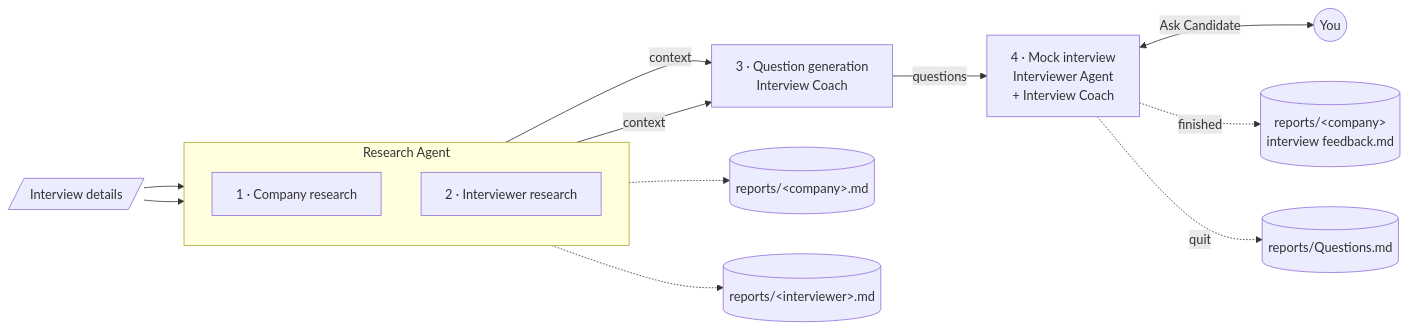
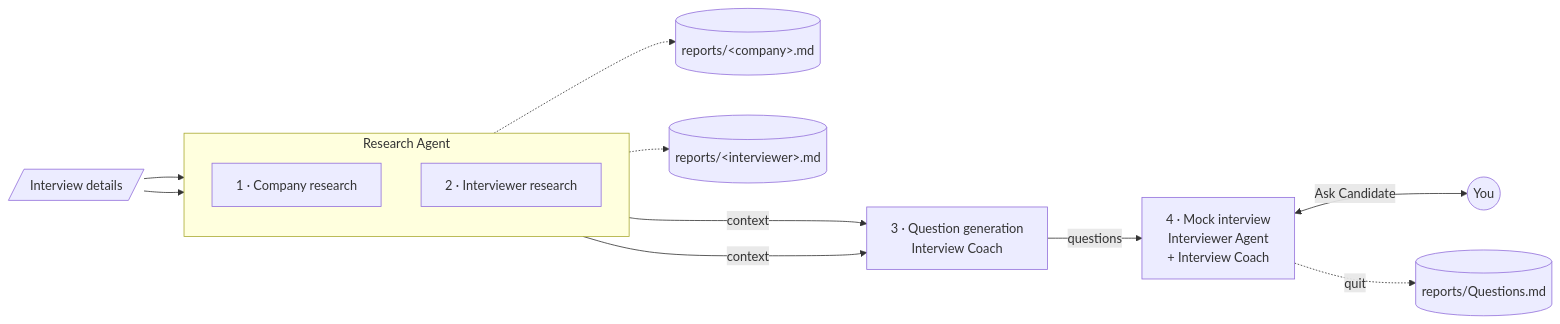
One commit to Wach-E/interview-prepper changed the first of 2 diagrams in README.md. Above: the diagram before and after it, drawn with Mermaid. The commit also changed other lines of this file and 1 other file, not shown here.

Commit message:
refine system design

````diff
--- a/README.md
+++ b/README.md
@@ -7,24 +7,23 @@
 ```mermaid
 flowchart LR
     input[/"Interview details"/]
 
     subgraph research["Research Agent"]
         direction TB
         t1["1 · Company research"]
         t2["2 · Interviewer research"]
     end
 
     t3["3 · Question generation<br/>Interview Coach"]
     t4["4 · Mock interview<br/>Interviewer Agent<br/>+ Interview Coach"]
     you(("You"))
 
     input --> t1 & t2
-    t1 & t2 -->|context| t3
+    t1 & t2 --->|context| t3
     t3 -->|questions| t4
     t4 <-->|Ask Candidate| you
 
     t1 -.-> r1[("reports/&lt;company&gt;.md")]
     t2 -.-> r2[("reports/&lt;interviewer&gt;.md")]
-    t4 -.->|finished| r3[("reports/&lt;company&gt;<br/>interview feedback.md")]
     t4 -.->|quit| r4[("reports/Questions.md")]
 ```
````
